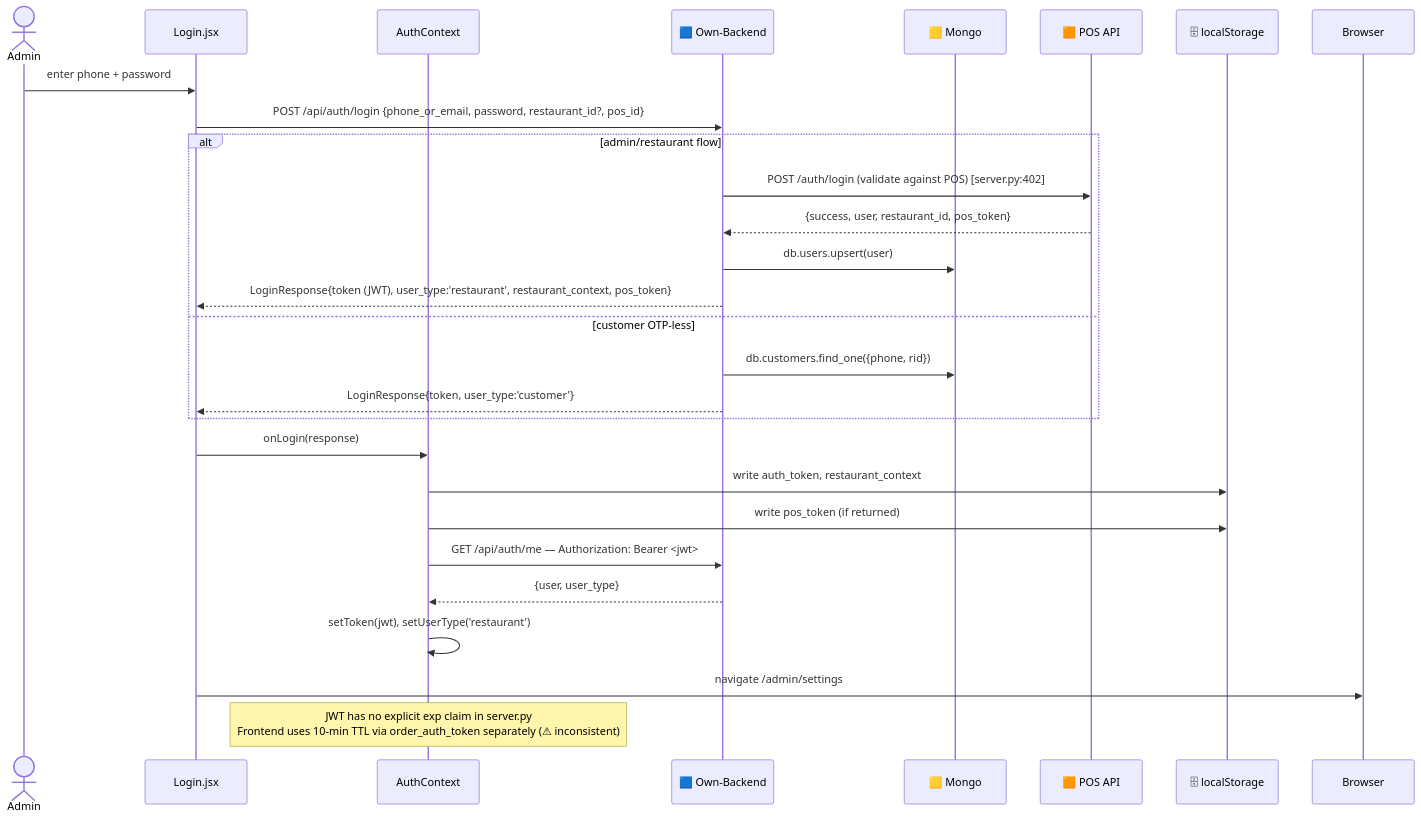
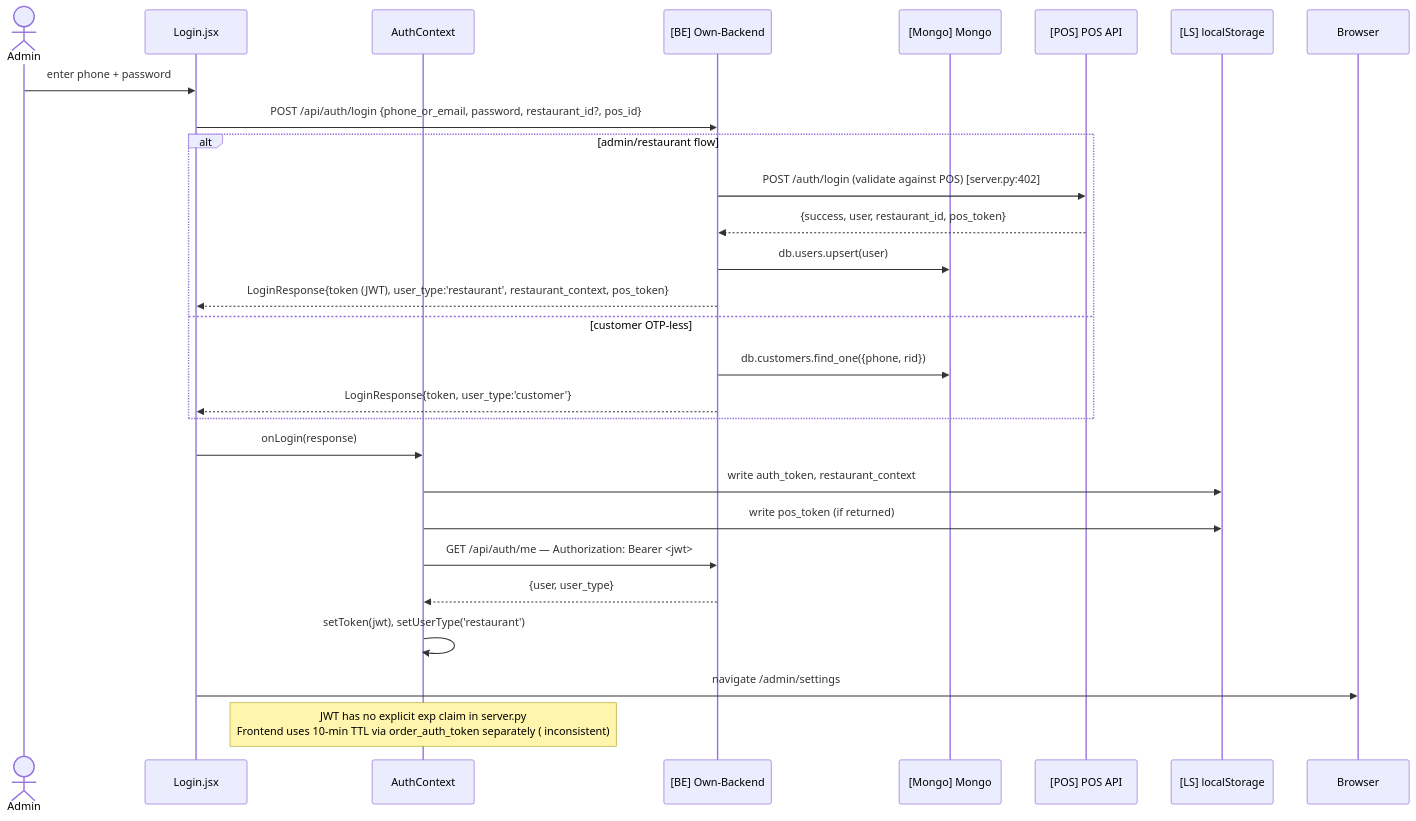
Before and after one commit to Abhi-mygenie/customer-app5th-march: the third of 9 diagrams in memory_repo/current-state/DATA_FLOW_DIAGRAM_2026-02.md, drawn with Mermaid. The commit also changed other lines of this file and 3 other files, not shown here.

````diff
--- a/memory_repo/current-state/DATA_FLOW_DIAGRAM_2026-02.md
+++ b/memory_repo/current-state/DATA_FLOW_DIAGRAM_2026-02.md
@@ -120,34 +120,34 @@
 ```mermaid
 sequenceDiagram
     actor Admin
     participant Login as Login.jsx
     participant Auth as AuthContext
-    participant BE as 🟦 Own-Backend
-    participant Mongo as 🟨 Mongo
-    participant POS as 🟧 POS API
-    participant LS as 🗄 localStorage
+    participant BE as [BE] Own-Backend
+    participant Mongo as [Mongo] Mongo
+    participant POS as [POS] POS API
+    participant LS as [LS] localStorage
 
     Admin->>Login: enter phone + password
     Login->>BE: POST /api/auth/login {phone_or_email, password, restaurant_id?, pos_id}
 
     alt admin/restaurant flow
         BE->>POS: POST /auth/login (validate against POS) [server.py:402]
         POS-->>BE: {success, user, restaurant_id, pos_token}
         BE->>Mongo: db.users.upsert(user)
         BE-->>Login: LoginResponse{token (JWT), user_type:'restaurant', restaurant_context, pos_token}
     else customer OTP-less
         BE->>Mongo: db.customers.find_one({phone, rid})
         BE-->>Login: LoginResponse{token, user_type:'customer'}
     end
 
     Login->>Auth: onLogin(response)
     Auth->>LS: write auth_token, restaurant_context
     Auth->>LS: write pos_token (if returned)
 
     Auth->>BE: GET /api/auth/me — Authorization: Bearer <jwt>
     BE-->>Auth: {user, user_type}
     Auth->>Auth: setToken(jwt), setUserType('restaurant')
     Login->>Browser: navigate /admin/settings
 
-    Note over Auth: JWT has no explicit exp claim in server.py<br/>Frontend uses 10-min TTL via order_auth_token separately (⚠ inconsistent)
+    Note over Auth: JWT has no explicit exp claim in server.py<br/>Frontend uses 10-min TTL via order_auth_token separately ( inconsistent)
 ```
````
